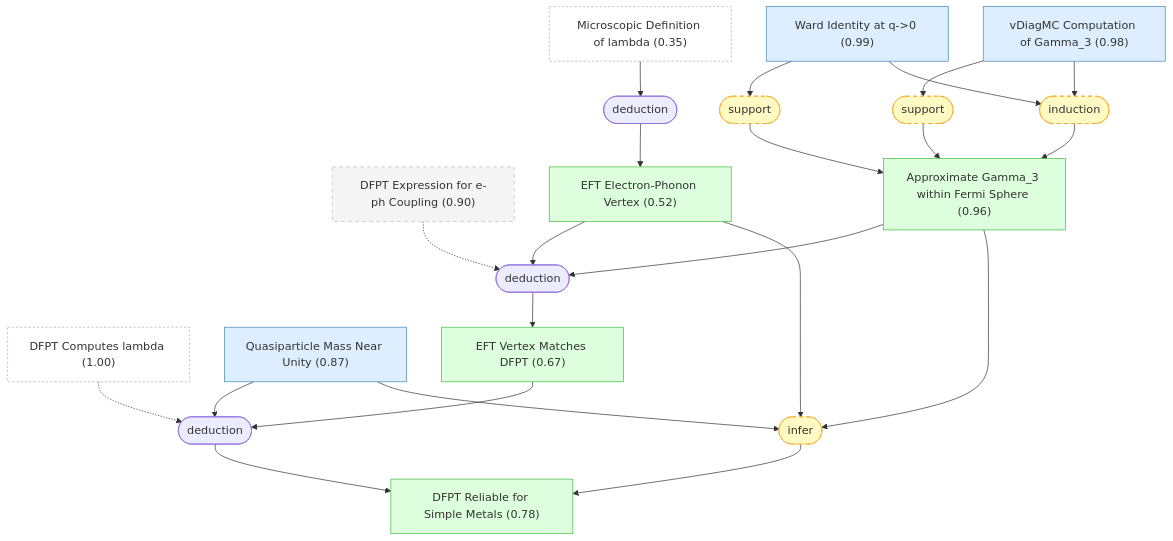
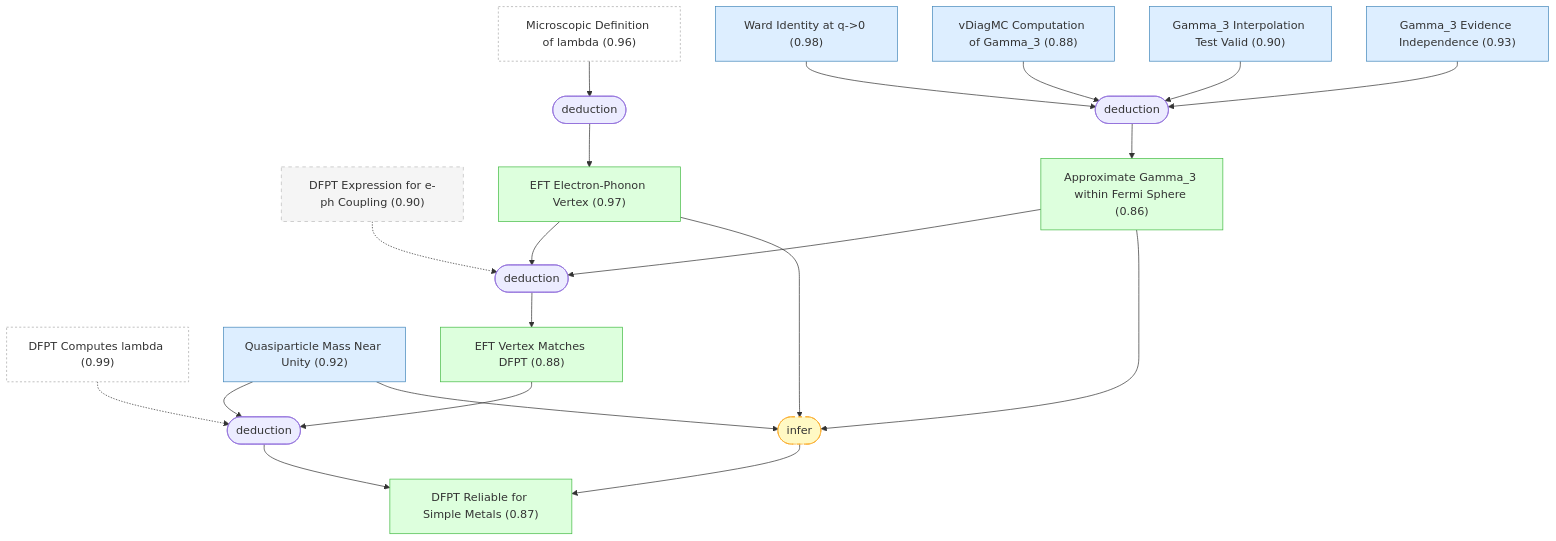
The fifth of 6 diagrams in docs/detailed-reasoning.md (kunyuan/SuperconductivityElectronLiquids.gaia), drawn with Mermaid before and after one commit. The commit also changed other lines of this file and 44 other files, not shown here.

````diff
--- a/docs/detailed-reasoning.md
+++ b/docs/detailed-reasoning.md
@@ -649,51 +649,49 @@
 ```mermaid
 graph TD
-    dfpt_computes_lambda["DFPT Computes lambda (1.00)"]:::external
-    lambda_microscopic_definition["Microscopic Definition of lambda (0.35)"]:::external
-    ward_identity["Ward Identity at q->0 (0.99)"]:::premise
-    gamma3_vdiagmc["vDiagMC Computation of Gamma_3 (0.98)"]:::premise
+    dfpt_computes_lambda["DFPT Computes lambda (0.99)"]:::external
+    lambda_microscopic_definition["Microscopic Definition of lambda (0.96)"]:::external
+    ward_identity["Ward Identity at q->0 (0.98)"]:::premise
+    gamma3_vdiagmc["vDiagMC Computation of Gamma_3 (0.88)"]:::premise
     dfpt_eph_ansatz["DFPT Expression for e-ph Coupling (0.90)"]:::background
-    quasiparticle_mass_near_unity["Quasiparticle Mass Near Unity (0.87)"]:::premise
-    eft_eph_vertex["EFT Electron-Phonon Vertex (0.52)"]:::derived
-    gamma3_approximation["Approximate Gamma_3 within Fermi Sphere (0.96)"]:::derived
-    eft_vertex_matches_dfpt["EFT Vertex Matches DFPT (0.67)"]:::derived
-    dfpt_reliable_for_simple_metals["DFPT Reliable for Simple Metals (0.78)"]:::derived
+    quasiparticle_mass_near_unity["Quasiparticle Mass Near Unity (0.92)"]:::premise
+    eft_eph_vertex["EFT Electron-Phonon Vertex (0.97)"]:::derived
+    gamma3_approximation["Approximate Gamma_3 within Fermi Sphere (0.86)"]:::derived
+    gamma3_interpolation_test_valid["Gamma_3 Interpolation Test Valid (0.90)"]:::premise
+    gamma3_evidence_independent["Gamma_3 Evidence Independence (0.93)"]:::premise
+    eft_vertex_matches_dfpt["EFT Vertex Matches DFPT (0.88)"]:::derived
+    dfpt_reliable_for_simple_metals["DFPT Reliable for Simple Metals (0.87)"]:::derived
     strat_11(["deduction"])
     lambda_microscopic_definition --> strat_11
     strat_11 --> eft_eph_vertex
-    strat_12(["support"]):::weak
+    strat_12(["deduction"])
     ward_identity --> strat_12
+    gamma3_vdiagmc --> strat_12
+    gamma3_interpolation_test_valid --> strat_12
+    gamma3_evidence_independent --> strat_12
     strat_12 --> gamma3_approximation
-    strat_13(["support"]):::weak
-    gamma3_vdiagmc --> strat_13
-    strat_13 --> gamma3_approximation
-    strat_14(["induction"]):::weak
-    ward_identity --> strat_14
-    gamma3_vdiagmc --> strat_14
-    strat_14 --> gamma3_approximation
-    strat_15(["deduction"])
+    strat_13(["deduction"])
+    eft_eph_vertex --> strat_13
+    gamma3_approximation --> strat_13
+    dfpt_eph_ansatz -.-> strat_13
+    strat_13 --> eft_vertex_matches_dfpt
+    strat_14(["deduction"])
+    eft_vertex_matches_dfpt --> strat_14
+    quasiparticle_mass_near_unity --> strat_14
+    dfpt_computes_lambda -.-> strat_14
+    strat_14 --> dfpt_reliable_for_simple_metals
+    strat_15(["infer"]):::weak
     eft_eph_vertex --> strat_15
     gamma3_approximation --> strat_15
-    dfpt_eph_ansatz -.-> strat_15
-    strat_15 --> eft_vertex_matches_dfpt
-    strat_16(["deduction"])
-    eft_vertex_matches_dfpt --> strat_16
-    quasiparticle_mass_near_unity --> strat_16
-    dfpt_computes_lambda -.-> strat_16
-    strat_16 --> dfpt_reliable_for_simple_metals
-    strat_17(["infer"]):::weak
-    eft_eph_vertex --> strat_17
-    gamma3_approximation --> strat_17
-    quasiparticle_mass_near_unity --> strat_17
-    strat_17 --> dfpt_reliable_for_simple_metals
+    quasiparticle_mass_near_unity --> strat_15
+    strat_15 --> dfpt_reliable_for_simple_metals
 
     classDef setting fill:#f0f0f0,stroke:#999,color:#333
     classDef premise fill:#ddeeff,stroke:#4488bb,color:#333
     classDef derived fill:#ddffdd,stroke:#44bb44,color:#333
     classDef question fill:#fff3dd,stroke:#cc9944,color:#333
     classDef background fill:#f5f5f5,stroke:#bbb,stroke-dasharray: 5 5,color:#333
     classDef orphan fill:#fff,stroke:#ccc,stroke-dasharray: 5 5,color:#333
     classDef external fill:#fff,stroke:#aaa,stroke-dasharray: 3 3,color:#333
     classDef weak fill:#fff9c4,stroke:#f9a825,stroke-dasharray: 5 5,color:#333
     classDef contra fill:#ffebee,stroke:#c62828,color:#333
 ```
````
